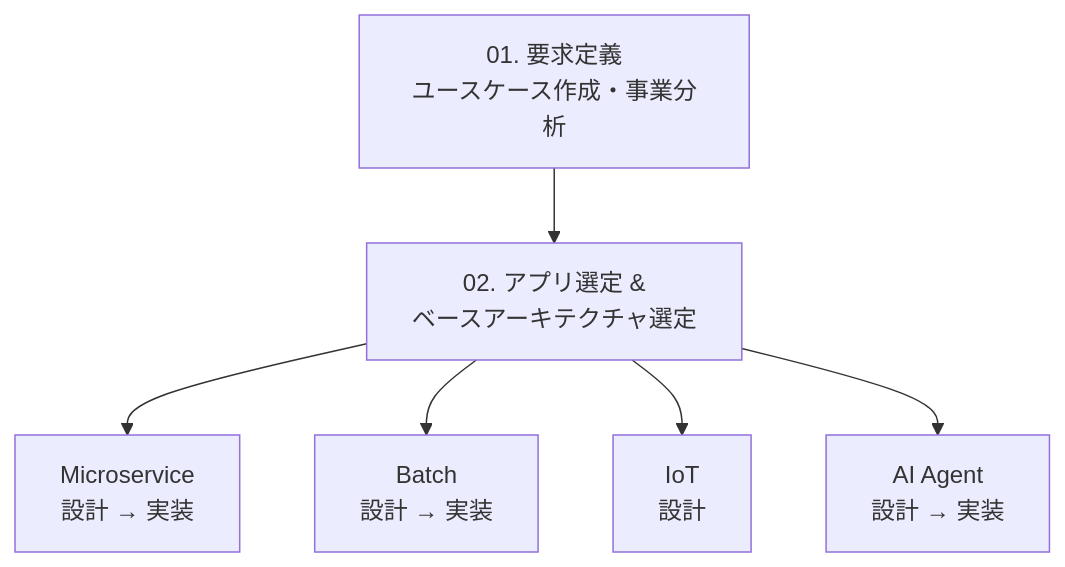
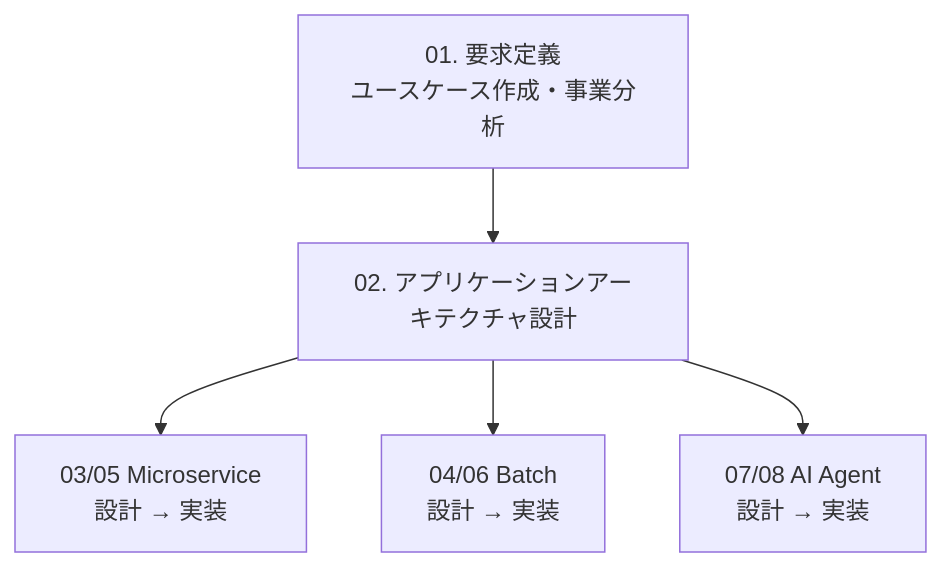
The diagram in README.md (dahatake/HypervelocityEngineering), drawn with Mermaid before and after one commit. The commit also changed other lines of this file and 729 other files, not shown here.

````diff
--- a/README.md
+++ b/README.md
@@ -65,15 +65,13 @@
 ```mermaid
 graph TD
     A["01. 要求定義<br>ユースケース作成・事業分析"]
-    B["02. アプリ選定 &<br>ベースアーキテクチャ選定"]
-    C1["Microservice<br>設計 → 実装"]
-    C2["Batch<br>設計 → 実装"]
-    C3["IoT<br>設計"]
-    C4["AI Agent<br>設計 → 実装"]
+    B["02. アプリケーションアーキテクチャ設計"]
+    C1["03/05 Microservice<br>設計 → 実装"]
+    C2["04/06 Batch<br>設計 → 実装"]
+    C4["07/08 AI Agent<br>設計 → 実装"]
 
     A --> B
     B --> C1
     B --> C2
-    B --> C3
     B --> C4
 ```
````
